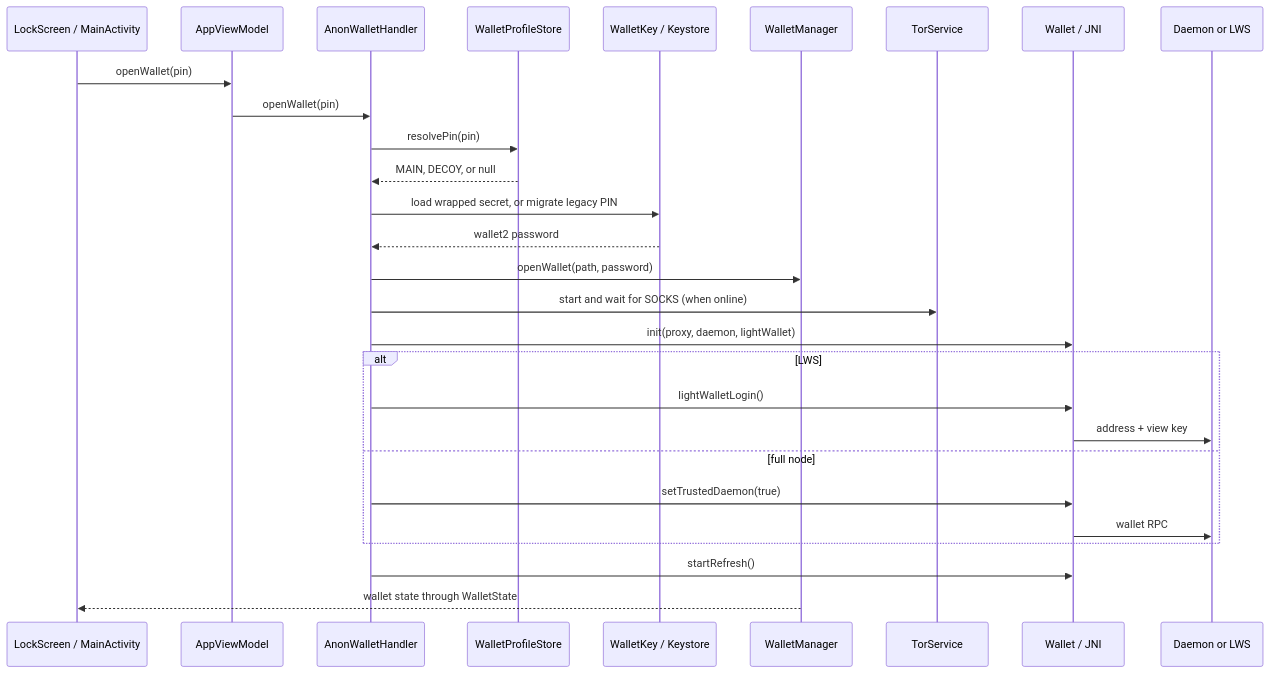
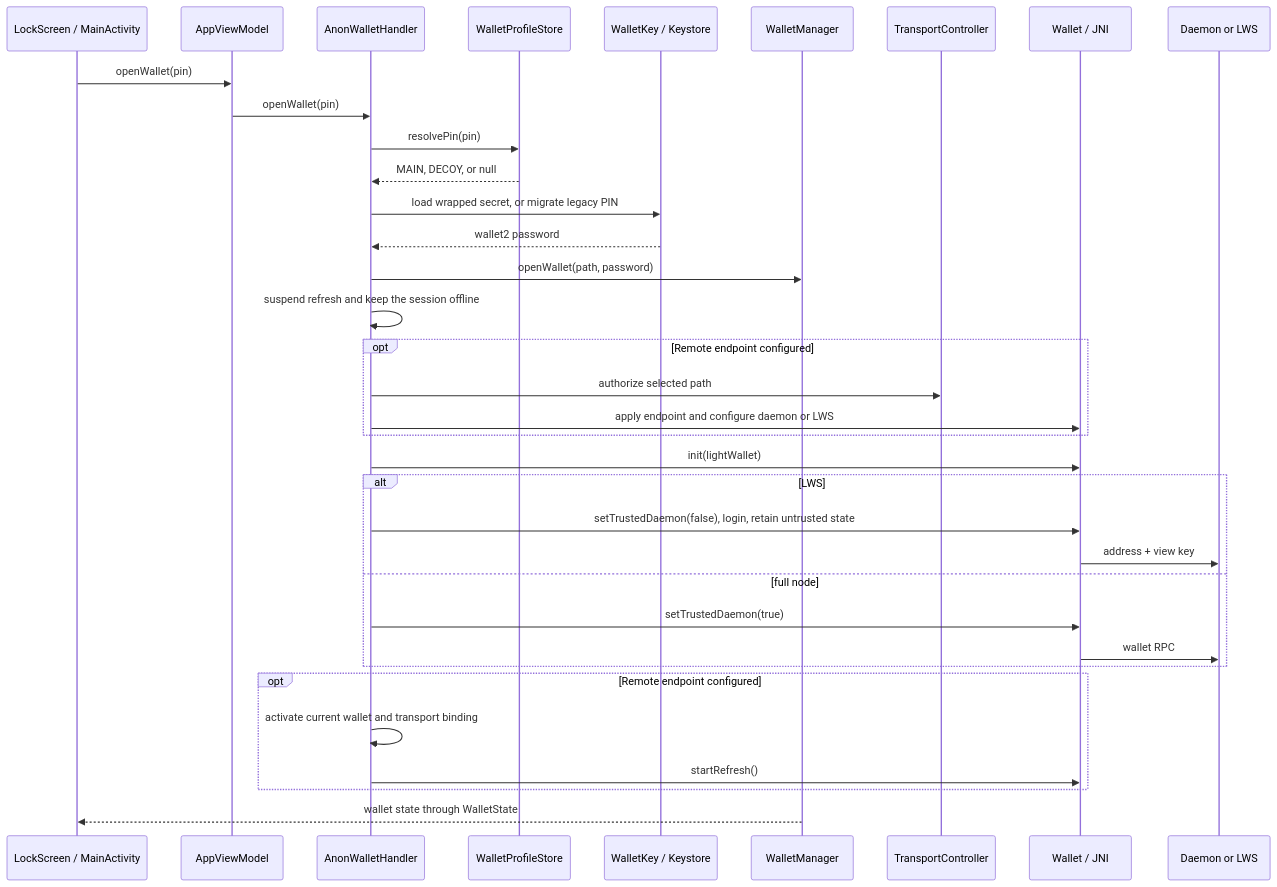
The second of 3 diagrams in docs/architecture/overview.md (daviduhden/ANONERO), drawn with Mermaid before and after one commit. The commit also changed other lines of this file and 8 other files, not shown here.

````diff
--- a/docs/architecture/overview.md
+++ b/docs/architecture/overview.md
@@ -102,31 +104,38 @@
 ```mermaid
 sequenceDiagram
     participant UI as LockScreen / MainActivity
     participant VM as AppViewModel
     participant H as AnonWalletHandler
     participant P as WalletProfileStore
     participant K as WalletKey / Keystore
     participant WM as WalletManager
-    participant T as TorService
+    participant T as TransportController
     participant W as Wallet / JNI
     participant N as Daemon or LWS
 
     UI->>VM: openWallet(pin)
     VM->>H: openWallet(pin)
     H->>P: resolvePin(pin)
     P-->>H: MAIN, DECOY, or null
     H->>K: load wrapped secret, or migrate legacy PIN
     K-->>H: wallet2 password
     H->>WM: openWallet(path, password)
-    H->>T: start and wait for SOCKS (when online)
-    H->>W: init(proxy, daemon, lightWallet)
+    H->>H: suspend refresh and keep the session offline
+    opt Remote endpoint configured
+        H->>T: authorize selected path
+        H->>W: apply endpoint and configure daemon or LWS
+    end
+    H->>W: init(lightWallet)
     alt LWS
-        H->>W: lightWalletLogin()
+        H->>W: setTrustedDaemon(false), login, retain untrusted state
         W->>N: address + view key
     else full node
         H->>W: setTrustedDaemon(true)
         W->>N: wallet RPC
     end
-    H->>W: startRefresh()
+    opt Remote endpoint configured
+        H->>H: activate current wallet and transport binding
+        H->>W: startRefresh()
+    end
     WM-->>UI: wallet state through WalletState
 ```
````
